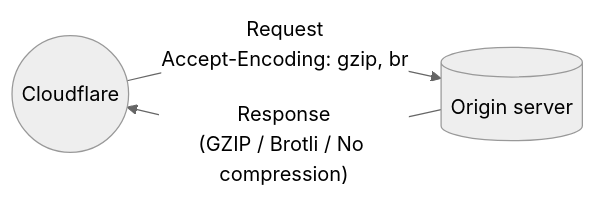
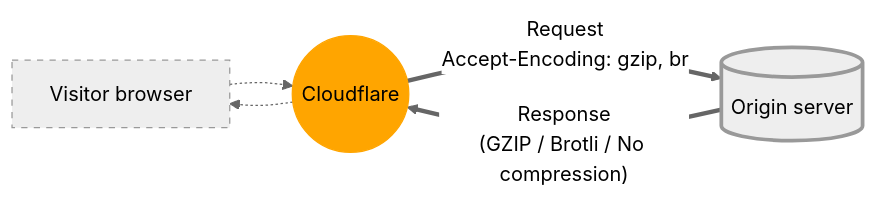
Before and after one commit to cloudflare/cloudflare-docs: the second of 2 diagrams in content/support/Speed/Optimization - File Size/What will Cloudflare compress.md, drawn with Mermaid (neutral theme). The commit also changed other lines of this file, not shown here.

Commit message:
Review mermaid flowcharts

````diff
--- a/content/support/Speed/Optimization - File Size/What will Cloudflare compress.md
+++ b/content/support/Speed/Optimization - File Size/What will Cloudflare compress.md
@@ -93,7 +102,16 @@
 ```mermaid
 flowchart LR
-        accTitle: Compressed responses sent from the origin server
-        accDescr: Cloudflare accepts responses from origin server using GZIP compression, Brotli compression, or no compression.
-        A((Cloudflare))--"Request<br>Accept-Encoding: gzip, br"-->B[(Origin server)]
-        B--"Response<br>(GZIP / Brotli / No compression)"-->A
+accTitle: Compressed responses sent from the origin server
+accDescr: Cloudflare accepts responses from origin server using GZIP compression, Brotli compression, or no compression.
+
+A[Visitor browser]
+B((Cloudflare))
+C[(Origin server)]
+
+A -.-> B == "Request<br>Accept-Encoding: gzip, br" ==> C
+C == "Response<br>(GZIP / Brotli / No compression)" ==> B -.-> A
+
+style A stroke-dasharray: 5 5
+style B stroke: orange,fill: orange
+style C stroke-width: 3px
 ```
````
